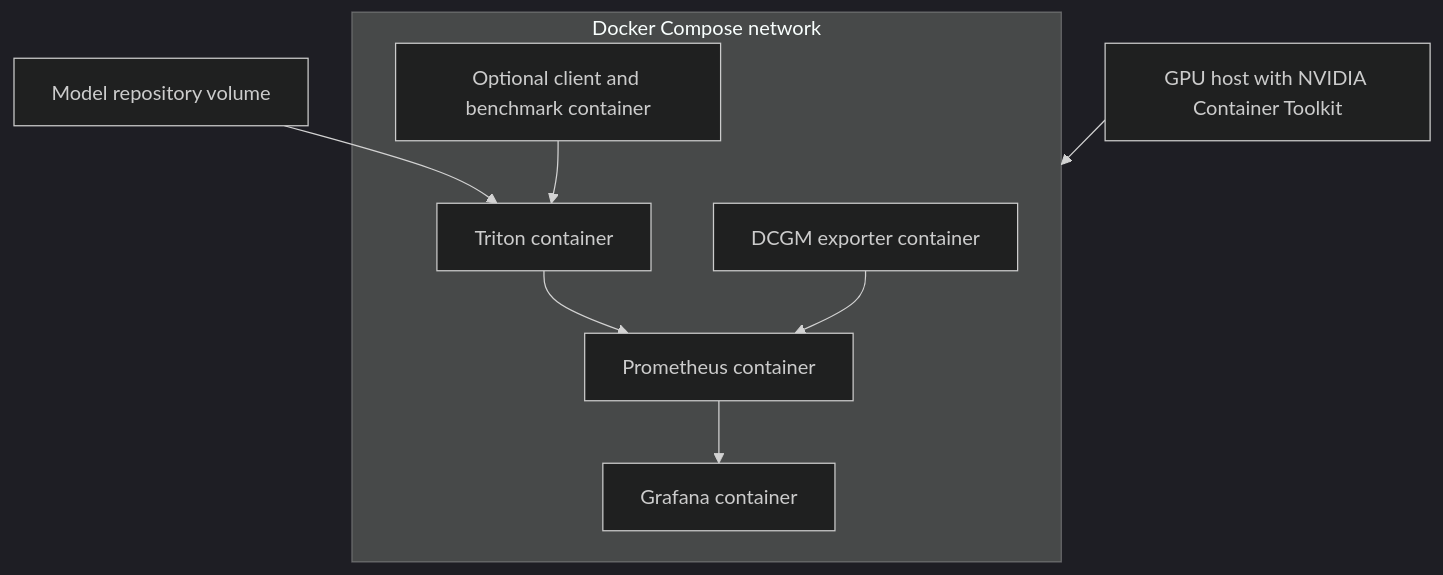
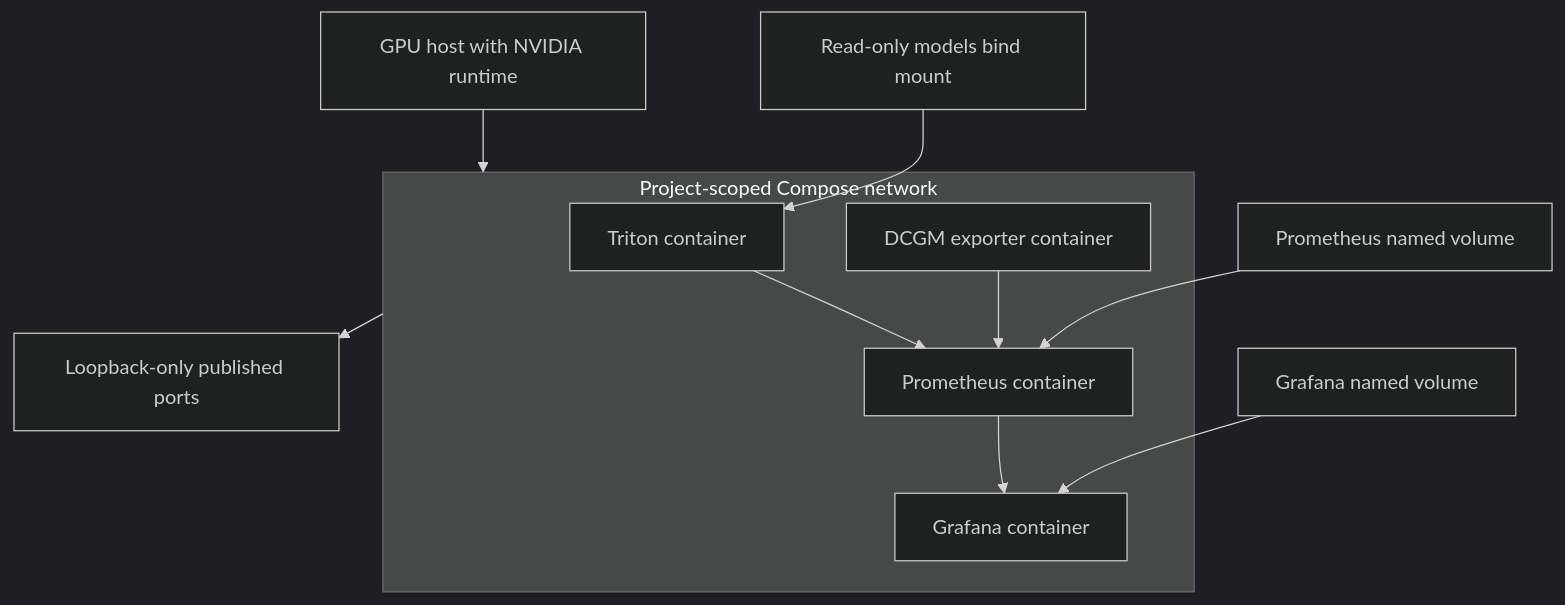
One commit to legion2440/ml-dev-ops changed the second of 4 diagrams in ARCHITECTURE.md. Above: the diagram before and after it, drawn with Mermaid (dark theme). The commit also changed other lines of this file and 33 other files, not shown here.

````diff
--- a/ARCHITECTURE.md
+++ b/ARCHITECTURE.md
@@ -147,17 +154,22 @@
 ```mermaid
 flowchart TB
-    Host["GPU host with NVIDIA Container Toolkit"]
-    subgraph Compose["Docker Compose network"]
+    Host["GPU host with NVIDIA runtime"]
+    Loopback["Loopback-only published ports"]
+    Models["Read-only models bind mount"]
+    PromData["Prometheus named volume"]
+    GrafanaData["Grafana named volume"]
+    subgraph Compose["Project-scoped Compose network"]
         Triton["Triton container"]
         Prometheus["Prometheus container"]
         Grafana["Grafana container"]
         DCGM["DCGM exporter container"]
-        Runner["Optional client and benchmark container"]
     end
-    Models["Model repository volume"] --> Triton
+    Host --> Compose
+    Models --> Triton
     Triton --> Prometheus
     DCGM --> Prometheus
     Prometheus --> Grafana
-    Runner --> Triton
-    Host --> Compose
+    PromData --> Prometheus
+    GrafanaData --> Grafana
+    Compose --> Loopback
 ```
````
